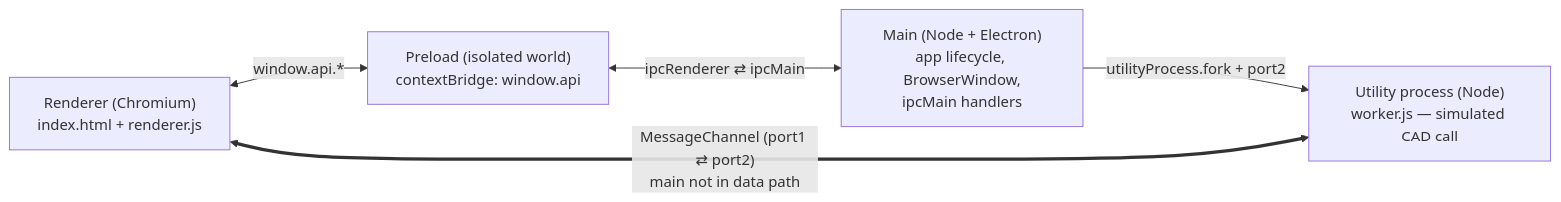
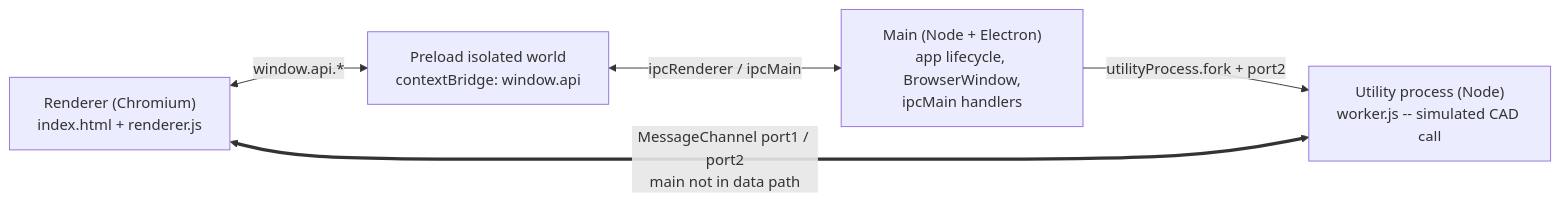
Before and after one commit to morsmodr/electron-demo: the first of 3 diagrams in README.md, drawn with Mermaid. The commit also changed other lines of this file, not shown here.

Commit message:
fixing mermaid md issue in readme

````diff
--- a/README.md
+++ b/README.md
@@ -17,12 +17,12 @@
 ```mermaid
 flowchart LR
     Renderer["Renderer (Chromium)<br/>index.html + renderer.js"]
-    Preload["Preload (isolated world)<br/>contextBridge: window.api"]
+    Preload["Preload isolated world<br/>contextBridge: window.api"]
     Main["Main (Node + Electron)<br/>app lifecycle, BrowserWindow,<br/>ipcMain handlers"]
-    Worker["Utility process (Node)<br/>worker.js — simulated CAD call"]
+    Worker["Utility process (Node)<br/>worker.js -- simulated CAD call"]
 
     Renderer <-- "window.api.*" --> Preload
-    Preload <-- "ipcRenderer ⇄ ipcMain" --> Main
+    Preload <-- "ipcRenderer / ipcMain" --> Main
     Main -- "utilityProcess.fork + port2" --> Worker
-    Renderer <== "MessageChannel (port1 ⇄ port2)<br/>main not in data path" ==> Worker
+    Renderer <== "MessageChannel port1 / port2<br/>main not in data path" ==> Worker
 ```
````
